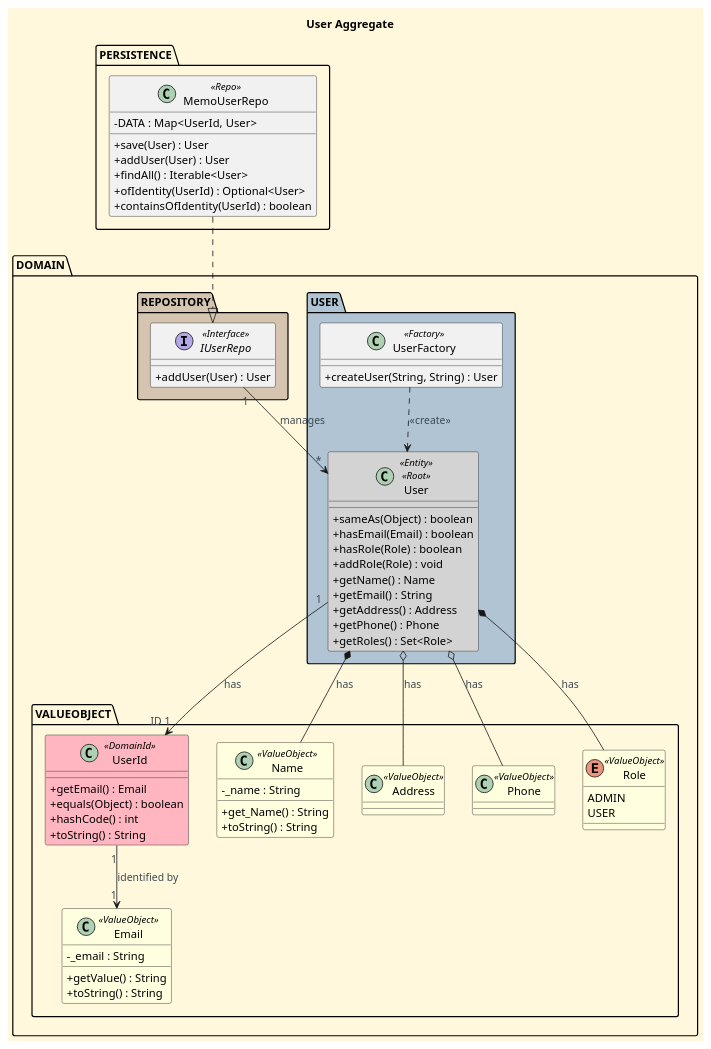
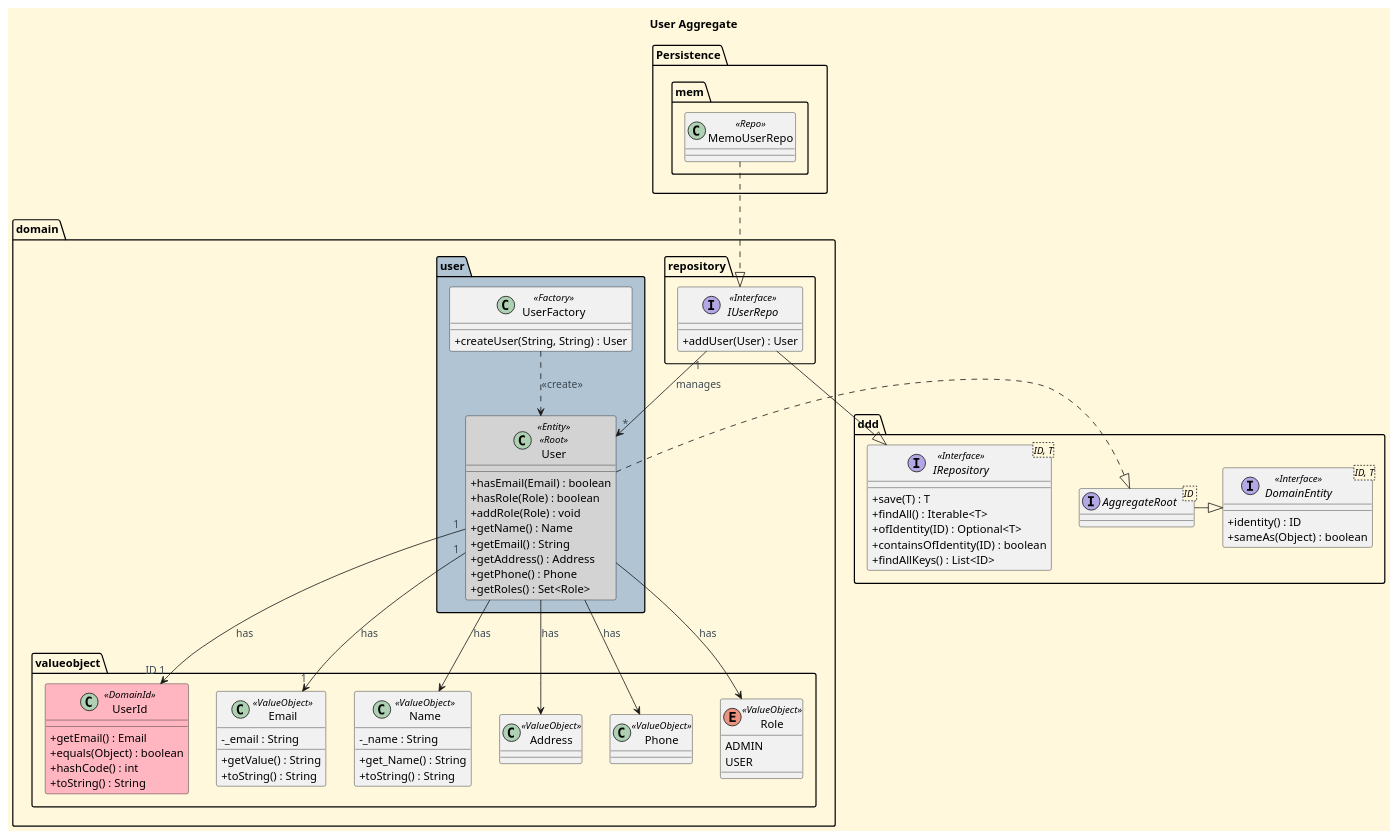
The diagram in docs/aggregates-diagrams/User_Aggregate.puml (CarolinaLeite-collab/JavaMarketplacePlatform), drawn with PlantUML before and after one commit.

Commit message:
docs: align User aggregate diagrams with team standards (#552)

```diff
--- a/docs/aggregates-diagrams/User_Aggregate.puml
+++ b/docs/aggregates-diagrams/User_Aggregate.puml
@@ -1,109 +1,130 @@
 @startuml
 
 '==== Title ====
 title User Aggregate
 top to bottom direction
 
 '==== basic style ====
 skinparam monochrome false
 skinparam shadowing false
 skinparam defaultFontName Futura
 skinparam objectFontSize 20
 skinparam backgroundColor CornSilk
 skinparam objectBackgroundColor WhiteSmoke
 skinparam noteBackgroundColor #FFFFE0
 skinparam ArrowFontColor #3B4953
 skinparam ActivationBackgroundColor black
 skinparam classAttributeIconSize 0
 
 ' ===== Persistence =====
-Package "PERSISTENCE" {
+Package "Persistence" {
+    package "mem"  {
     class MemoUserRepo <<Repo>> {
-        - DATA : Map<UserId, User>
-        + save(User) : User
-        + addUser(User) : User
-        + findAll() : Iterable<User>
-        + ofIdentity(UserId) : Optional<User>
-        + containsOfIdentity(UserId) : boolean
     }
+   }
 }
 
 ' ===== Domain =====
-Package "DOMAIN" {
+Package "domain" {
 
-    Package "USER" <<Folder>> #b0c4d4 {
+    Package "user" <<Folder>> #b0c4d4 {
 
         class User <<Entity>> <<Root>> #lightgrey {
-            + sameAs(Object) : boolean
             + hasEmail(Email) : boolean
             + hasRole(Role) : boolean
             + addRole(Role) : void
             + getName() : Name
             + getEmail() : String
             + getAddress() : Address
             + getPhone() : Phone
             + getRoles() : Set<Role>
         }
 
         class UserFactory <<Factory>> {
             + createUser(String, String) : User
         }
 
     }
 
-    Package "VALUEOBJECT" {
+    Package "valueobject" {
 
         class UserId <<DomainId>> #LightPink {
             + getEmail() : Email
             + equals(Object) : boolean
             + hashCode() : int
             + toString() : String
         }
 
-        class Email <<ValueObject>> #LightYellow {
+        class Email <<ValueObject>> {
             - _email : String
             + getValue() : String
             + toString() : String
         }
 
-        class Name <<ValueObject>> #LightYellow {
+        class Name <<ValueObject>>{
             - _name : String
             + get_Name() : String
             + toString() : String
         }
 
-        class Address <<ValueObject>> #LightYellow {
+        class Address <<ValueObject>> {
         }
 
-        class Phone <<ValueObject>> #LightYellow {
+        class Phone <<ValueObject>> {
         }
 
-        enum Role <<ValueObject>> #LightYellow {
+        enum Role <<ValueObject>> {
             ADMIN
             USER
         }
     }
 
-    Package "REPOSITORY" <<Folder>> #d4c4b0 {
+    Package "repository" <<Folder>> {
         interface IUserRepo <<Interface>> {
             + addUser(User) : User
         }
     }
 
+ }
+
+Package "ddd" {
+    interface IRepository<ID, T> <<Interface>> {
+        +save(T) : T
+        +findAll() : Iterable<T>
+        +ofIdentity(ID) : Optional<T>
+        +containsOfIdentity(ID) : boolean
+        +findAllKeys() : List<ID>
+    }
+
+    interface AggregateRoot <ID >{
+    }
+    interface DomainEntity<ID, T> <<Interface>> {
+        +identity() : ID
+        +sameAs(Object) : boolean
+    }
 }
+
+
+
 
 ' ===== Relations =====
 User "1" --> "ID 1" UserId : has
-UserId "1" --> "1" Email : identified by
+User "1" --> "1" Email : has
 
-User *-- Name : has
-User *-- Role : has
-User o-- Address : has
-User o-- Phone : has
+User --> Name : has
+User --> Role : has
+User --> Address : has
+User --> Phone : has
 
 IUserRepo "1" --> "*" User : manages
 MemoUserRepo ..|> IUserRepo
 
 UserFactory ..> User : <<create>>
 
+AggregateRoot -|> DomainEntity
+User .|> AggregateRoot
+
+IUserRepo -|> IRepository
+
+
 @enduml
```
